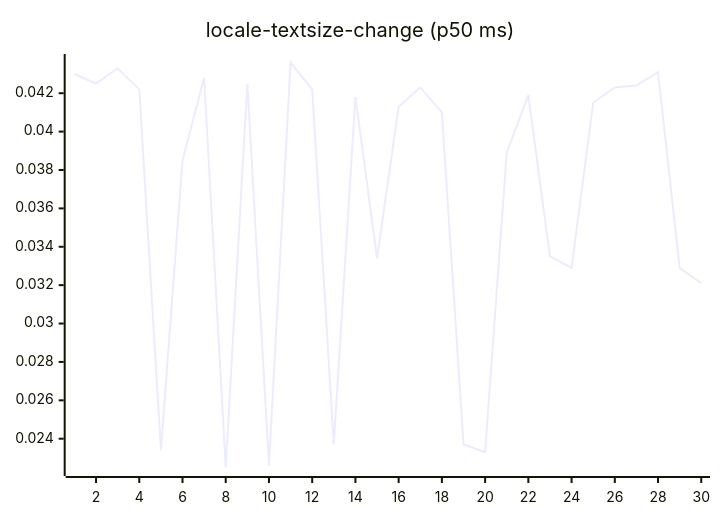
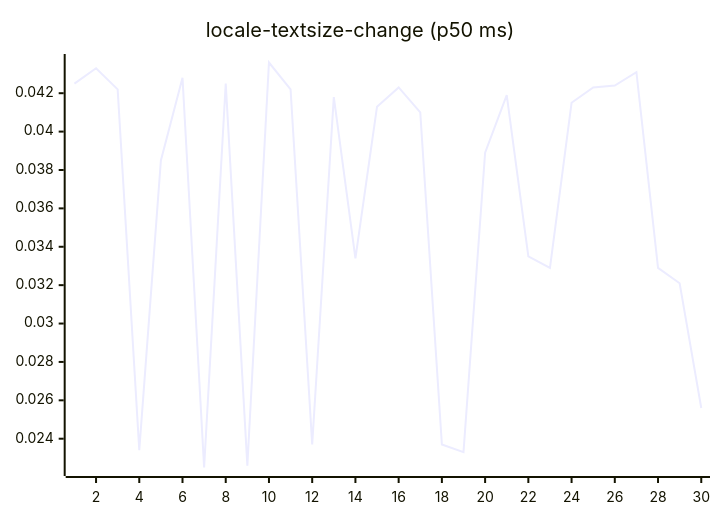
Before and after one commit to josha/Facet: diagram 13 of 27 in README.md, drawn with Mermaid. The commit also changed other lines of this file and 2 other files, not shown here.

````diff
--- a/README.md
+++ b/README.md
@@ -147,6 +147,6 @@
 ```mermaid
 xychart-beta
     title "locale-textsize-change (p50 ms)"
     x-axis 1 --> 30
-    line [0.0430, 0.0425, 0.0433, 0.0422, 0.0234, 0.0385, 0.0428, 0.0225, 0.0425, 0.0226, 0.0436, 0.0422, 0.0237, 0.0418, 0.0334, 0.0413, 0.0423, 0.0410, 0.0237, 0.0233, 0.0389, 0.0419, 0.0335, 0.0329, 0.0415, 0.0423, 0.0424, 0.0431, 0.0329, 0.0321]
+    line [0.0425, 0.0433, 0.0422, 0.0234, 0.0385, 0.0428, 0.0225, 0.0425, 0.0226, 0.0436, 0.0422, 0.0237, 0.0418, 0.0334, 0.0413, 0.0423, 0.0410, 0.0237, 0.0233, 0.0389, 0.0419, 0.0335, 0.0329, 0.0415, 0.0423, 0.0424, 0.0431, 0.0329, 0.0321, 0.0256]
 ```
````
